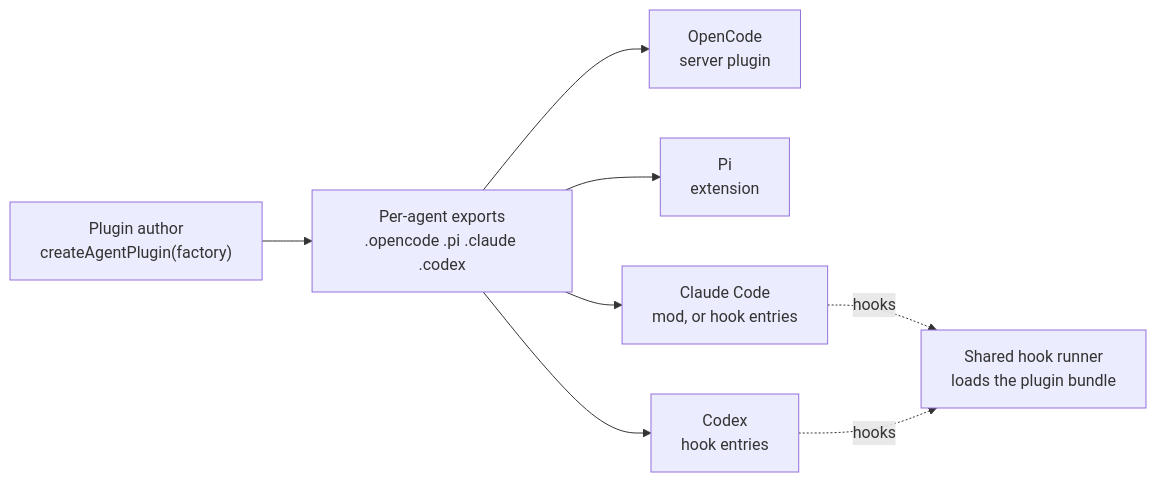
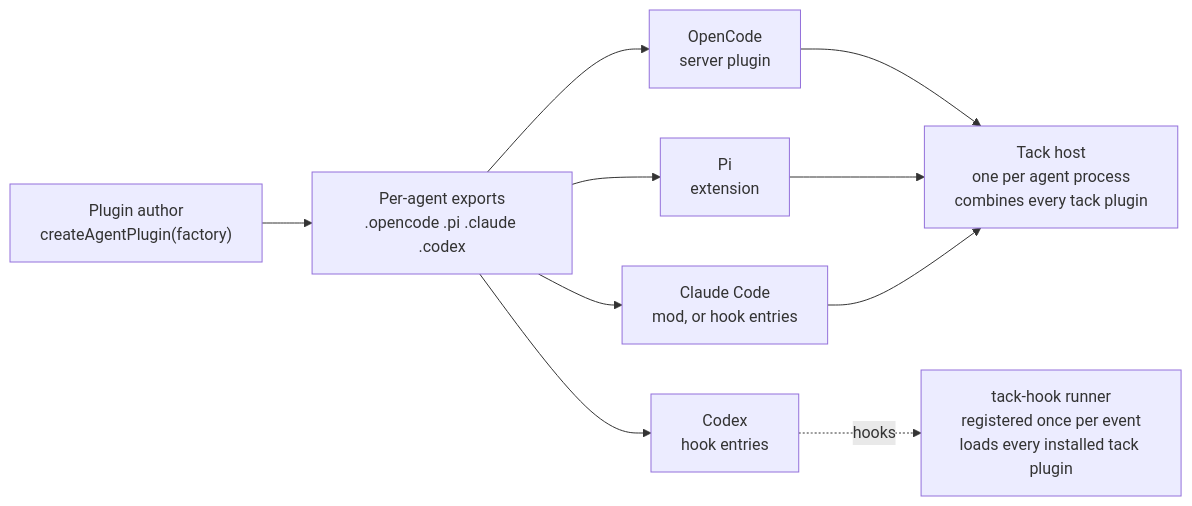
The first of 2 diagrams in spike/unagent/README.md (StevenJPx2/workhorse), drawn with Mermaid before and after one commit. The commit also changed other lines of this file and 2 other files, not shown here.

First line of the commit message:
docs(spike): name the plugin SDK @workhorse/tack and coordinate tack plugins

````diff
--- a/spike/unagent/README.md
+++ b/spike/unagent/README.md
@@ -26,10 +26,12 @@
 ```mermaid
 flowchart LR
     Author["Plugin author<br/>createAgentPlugin(factory)"] --> Exports["Per-agent exports<br/>.opencode .pi .claude .codex"]
     Exports --> OC["OpenCode<br/>server plugin"]
     Exports --> Pi["Pi<br/>extension"]
     Exports --> CC["Claude Code<br/>mod, or hook entries"]
     Exports --> CX["Codex<br/>hook entries"]
-    CC -. "hooks" .-> Runner["Shared hook runner<br/>loads the plugin bundle"]
-    CX -. "hooks" .-> Runner
+    OC --> Host["Tack host<br/>one per agent process<br/>combines every tack plugin"]
+    Pi --> Host
+    CC --> Host
+    CX -. "hooks" .-> Runner["tack-hook runner<br/>registered once per event<br/>loads every installed tack plugin"]
 ```
````
